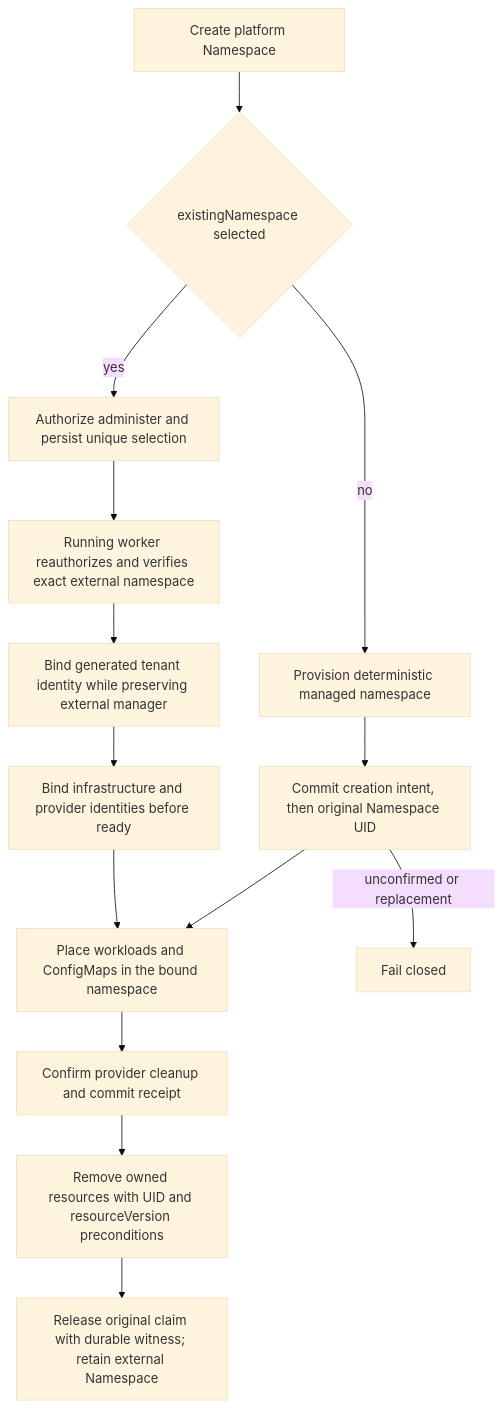
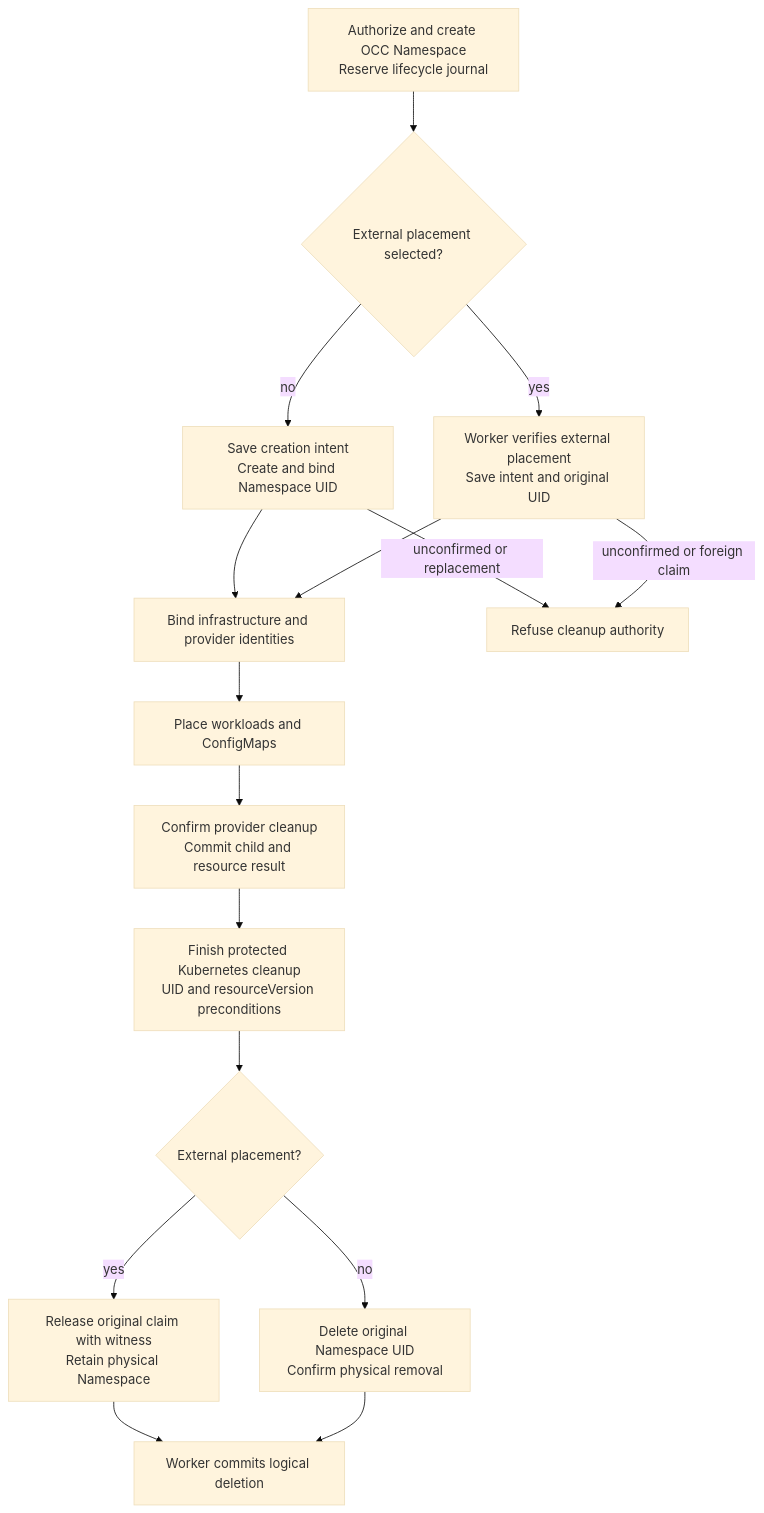
The diagram in docs/flows/kubernetes-existing-namespace-placement.md (openclaw/openclaw-enterprise), drawn with Mermaid (base theme) before and after one commit. The commit also changed other lines of this file and 17 other files, not shown here.

Commit message:
fix: preserve cleanup identity across partial Namespace setup

````diff
--- a/docs/flows/kubernetes-existing-namespace-placement.md
+++ b/docs/flows/kubernetes-existing-namespace-placement.md
@@ -34,16 +34,18 @@
 ```mermaid
 graph TD
-  A["Create platform Namespace"] --> B{"existingNamespace selected"}
-  B -->|no| C["Provision deterministic managed namespace"]
-  C --> J["Commit creation intent, then original Namespace UID"]
-  J --> H
-  J -->|unconfirmed or replacement| K["Fail closed"]
-  B -->|yes| D["Authorize administer and persist unique selection"]
-  D --> E["Running worker reauthorizes and verifies exact external namespace"]
-  E --> F["Bind generated tenant identity while preserving external manager"]
-  F --> G["Bind infrastructure and provider identities before ready"]
-  G --> H["Place workloads and ConfigMaps in the bound namespace"]
-  H --> I["Confirm provider cleanup and commit receipt"]
-  I --> L["Remove owned resources with UID and resourceVersion preconditions"]
-  L --> M["Release original claim with durable witness; retain external Namespace"]
+  A["Authorize and create OCC Namespace<br/>Reserve lifecycle journal"] --> B{"External placement selected?"}
+  B -->|no| C["Save creation intent<br/>Create and bind Namespace UID"]
+  B -->|yes| D["Worker verifies external placement<br/>Save intent and original UID"]
+  C --> G["Bind infrastructure and provider identities"]
+  D --> G
+  C -->|unconfirmed or replacement| F["Refuse cleanup authority"]
+  D -->|unconfirmed or foreign claim| F
+  G --> H["Place workloads and ConfigMaps"]
+  H --> I["Confirm provider cleanup<br/>Commit child and resource result"]
+  I --> L["Finish protected Kubernetes cleanup<br/>UID and resourceVersion preconditions"]
+  L --> M{"External placement?"}
+  M -->|yes| N["Release original claim with witness<br/>Retain physical Namespace"]
+  M -->|no| O["Delete original Namespace UID<br/>Confirm physical removal"]
+  N --> P["Worker commits logical deletion"]
+  O --> P
 ```
````
